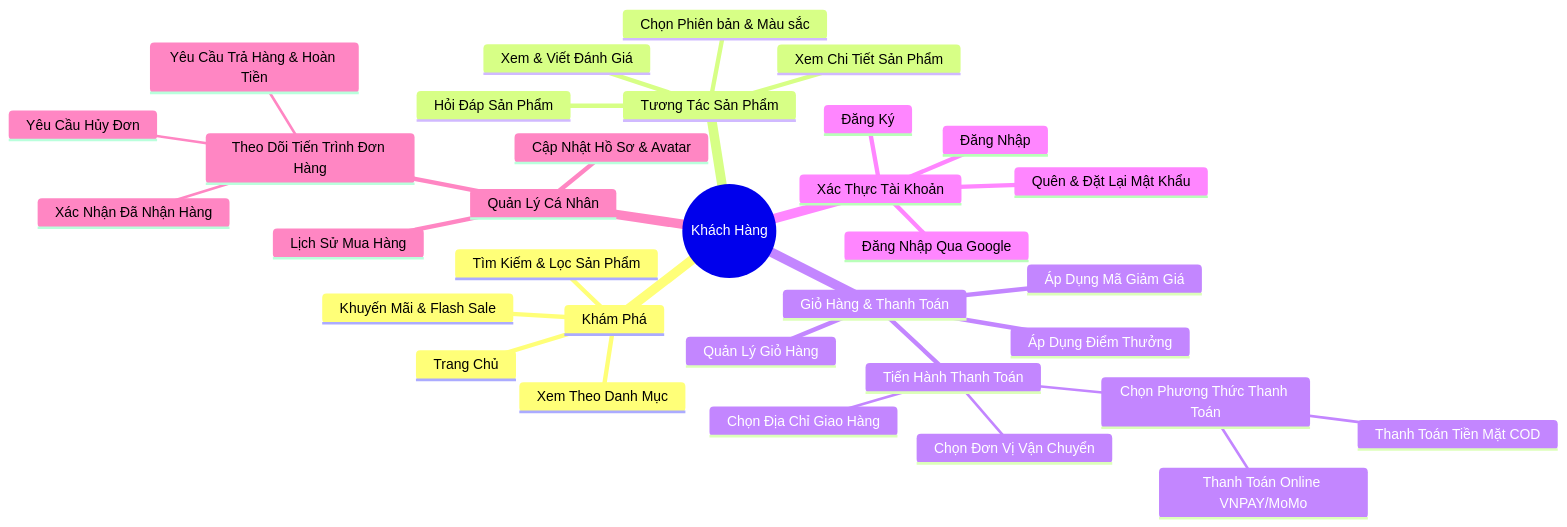
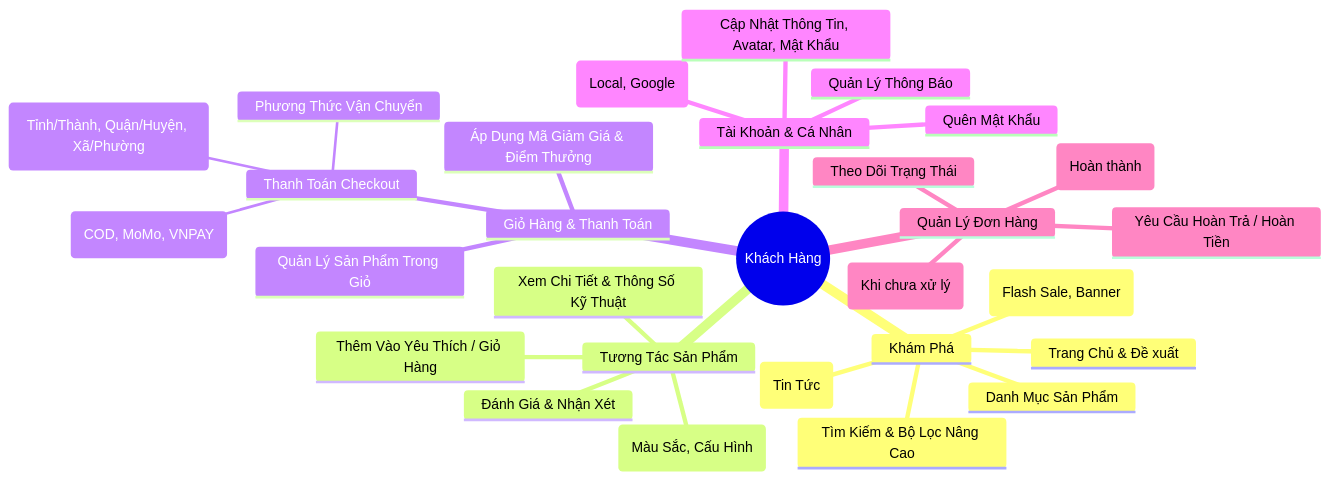
The first of 7 diagrams in USER_FLOWS.md (hoang07042005/E-Tech-Market), drawn with Mermaid before and after one commit. The commit also changed other lines of this file, not shown here.

````diff
--- a/USER_FLOWS.md
+++ b/USER_FLOWS.md
@@ -4,36 +10,32 @@
 ```mermaid
 mindmap
   root((Khách Hàng))
     Khám Phá
-      Trang Chủ
-      Tìm Kiếm & Lọc Sản Phẩm
-      Xem Theo Danh Mục
-      Khuyến Mãi & Flash Sale
+      Trang Chủ & Đề xuất
+      Tìm Kiếm & Bộ Lọc Nâng Cao
+      Danh Mục Sản Phẩm
+      Chương Trình Khuyến Mãi (Flash Sale, Banner)
+      Bài Viết Cập Nhật (Tin Tức)
     Tương Tác Sản Phẩm
-      Xem Chi Tiết Sản Phẩm
-      Chọn Phiên bản & Màu sắc
-      Xem & Viết Đánh Giá
-      Hỏi Đáp Sản Phẩm
+      Xem Chi Tiết & Thông Số Kỹ Thuật
+      Chọn Biến Thể (Màu Sắc, Cấu Hình)
+      Đánh Giá & Nhận Xét
+      Thêm Vào Yêu Thích / Giỏ Hàng
     Giỏ Hàng & Thanh Toán
-      Quản Lý Giỏ Hàng
-      Áp Dụng Mã Giảm Giá
-      Áp Dụng Điểm Thưởng
-      Tiến Hành Thanh Toán
-        Chọn Địa Chỉ Giao Hàng
-        Chọn Đơn Vị Vận Chuyển
-        Chọn Phương Thức Thanh Toán
-          Thanh Toán Tiền Mặt COD
-          Thanh Toán Online VNPAY/MoMo
-    Xác Thực Tài Khoản
-      Đăng Nhập
-      Đăng Nhập Qua Google
-      Đăng Ký
-      Quên & Đặt Lại Mật Khẩu
-    Quản Lý Cá Nhân
-      Cập Nhật Hồ Sơ & Avatar
-      Lịch Sử Mua Hàng
-      Theo Dõi Tiến Trình Đơn Hàng
-        Yêu Cầu Hủy Đơn
-        Xác Nhận Đã Nhận Hàng
-        Yêu Cầu Trả Hàng & Hoàn Tiền
+      Quản Lý Sản Phẩm Trong Giỏ
+      Áp Dụng Mã Giảm Giá & Điểm Thưởng
+      Thanh Toán Checkout
+        Chọn Địa Chỉ (Tỉnh/Thành, Quận/Huyện, Xã/Phường)
+        Phương Thức Vận Chuyển
+        Phương Thức Thanh Toán (COD, MoMo, VNPAY)
+    Tài Khoản & Cá Nhân
+      Đăng Nhập / Đăng Ký (Local, Google)
+      Quên Mật Khẩu
+      Cập Nhật Thông Tin, Avatar, Mật Khẩu
+      Quản Lý Thông Báo
+    Quản Lý Đơn Hàng
+      Theo Dõi Trạng Thái
+      Yêu Cầu Hủy Đơn (Khi chưa xử lý)
+      Xác Nhận Nhận Hàng (Hoàn thành)
+      Yêu Cầu Hoàn Trả / Hoàn Tiền
 ```
````
